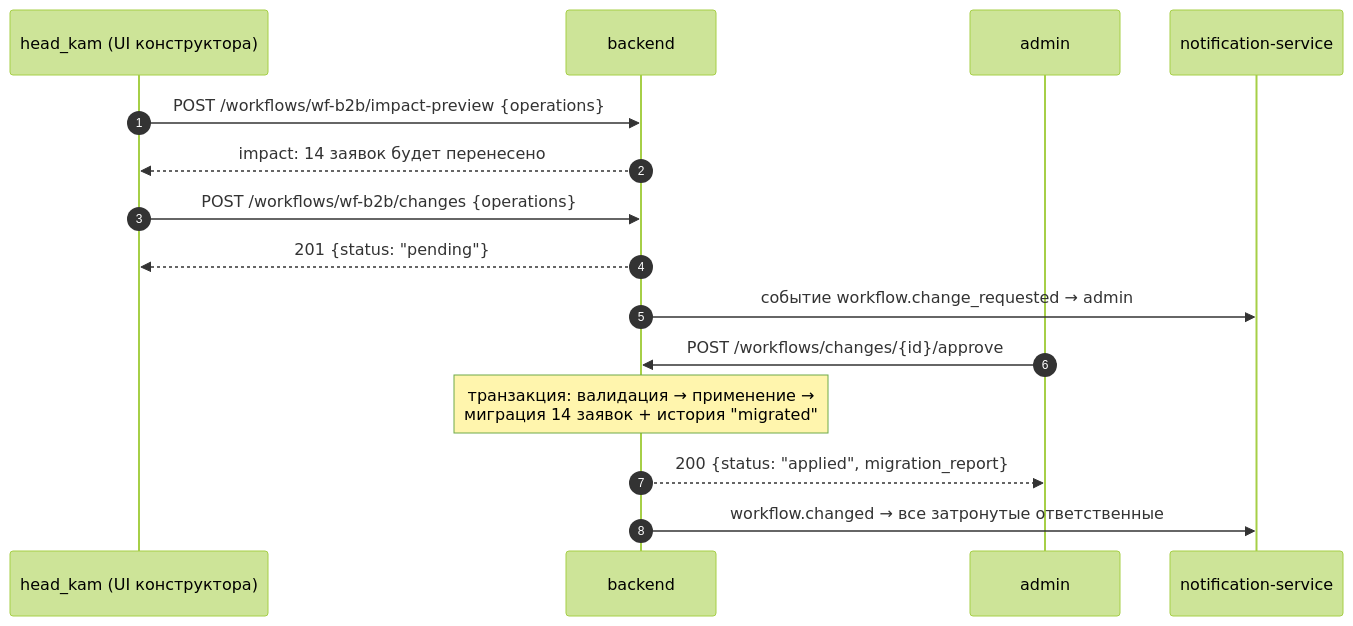
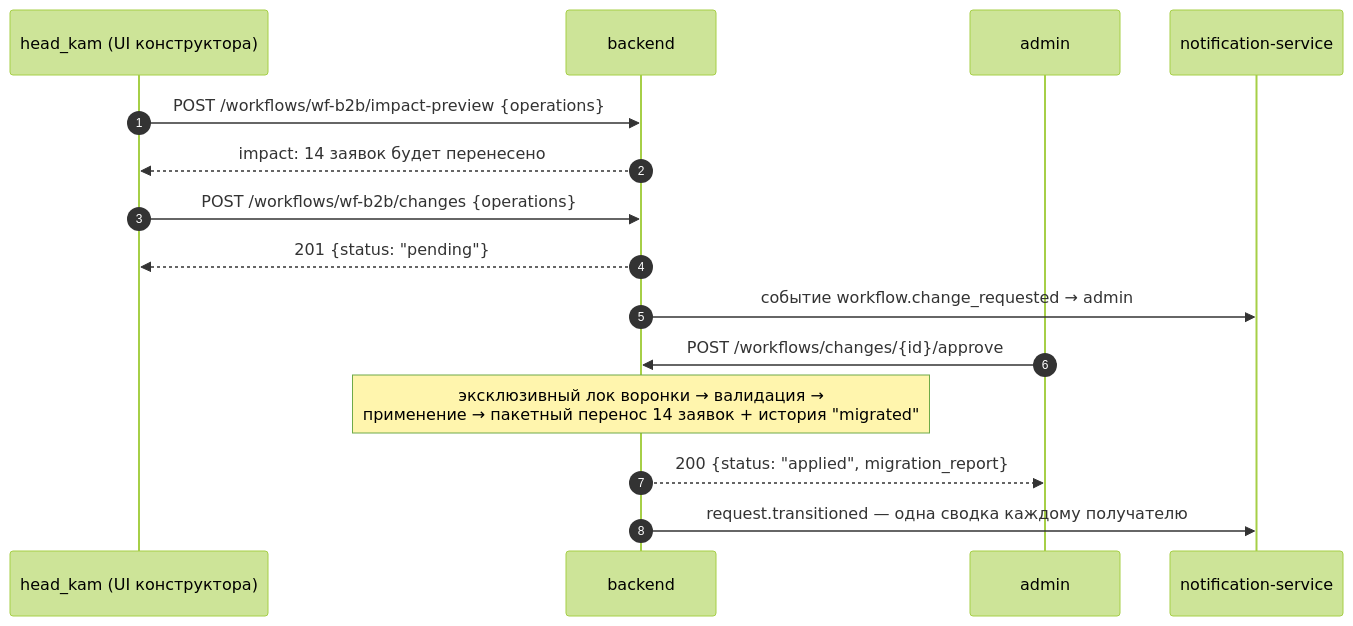
Before and after one commit to ilya2108/Collabse-LCT-Alma: the second of 6 diagrams in docs/design/api-contract.md, drawn with Mermaid (forest theme). The commit also changed other lines of this file and 26 other files, not shown here.

````diff
--- a/docs/design/api-contract.md
+++ b/docs/design/api-contract.md
@@ -627,17 +860,17 @@
 ```mermaid
 sequenceDiagram
     autonumber
     participant HK as head_kam (UI конструктора)
     participant BE as backend
     participant ADM as admin
     participant NS as notification-service
     HK->>BE: POST /workflows/wf-b2b/impact-preview {operations}
     BE-->>HK: impact: 14 заявок будет перенесено
     HK->>BE: POST /workflows/wf-b2b/changes {operations}
     BE-->>HK: 201 {status: "pending"}
     BE->>NS: событие workflow.change_requested → admin
     ADM->>BE: POST /workflows/changes/{id}/approve
-    Note over BE: транзакция: валидация → применение →<br/>миграция 14 заявок + история "migrated"
+    Note over BE: эксклюзивный лок воронки → валидация →<br/>применение → пакетный перенос 14 заявок + история "migrated"
     BE-->>ADM: 200 {status: "applied", migration_report}
-    BE->>NS: workflow.changed → все затронутые ответственные
+    BE->>NS: request.transitioned — одна сводка каждому получателю
 ```
````
